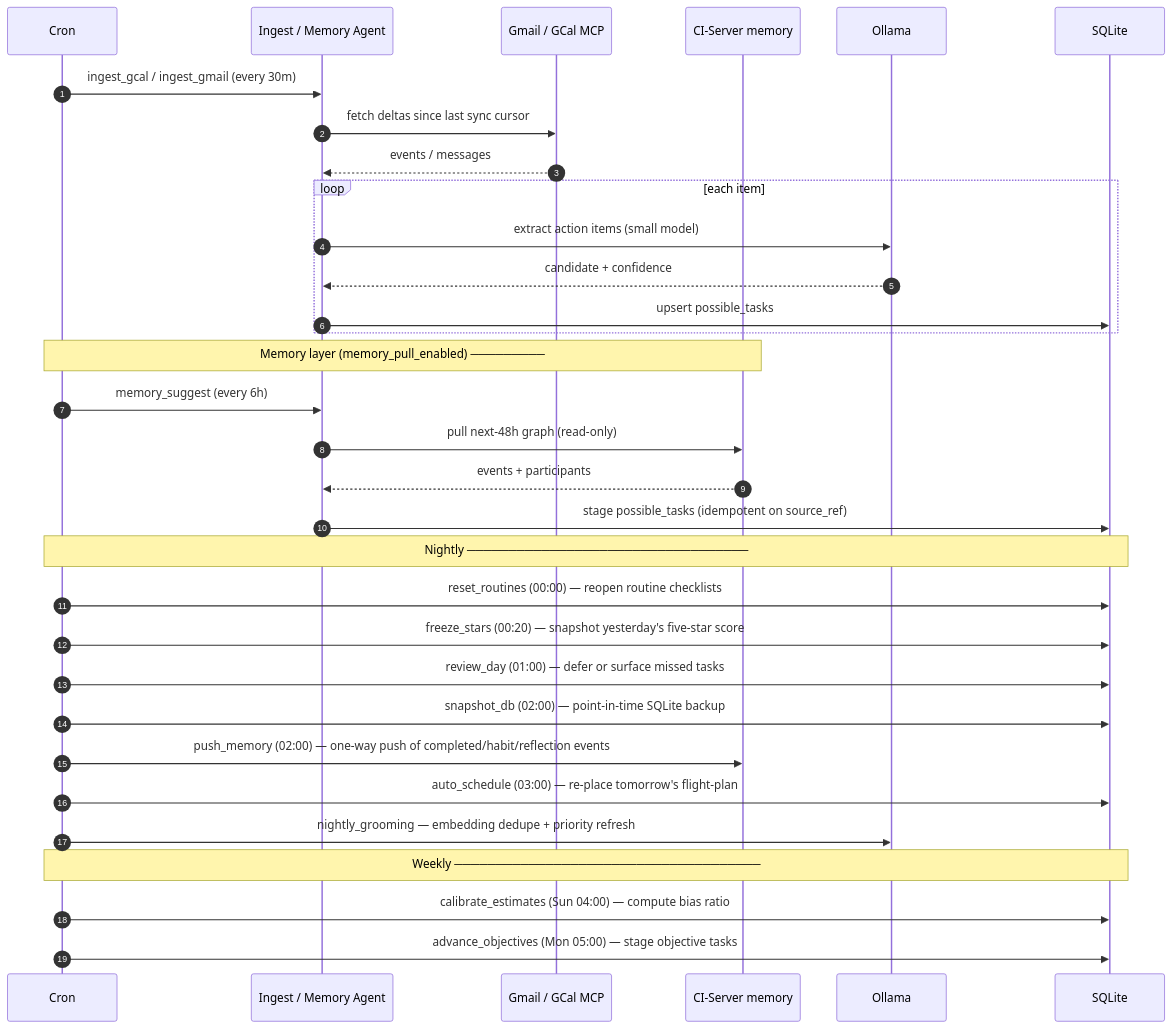
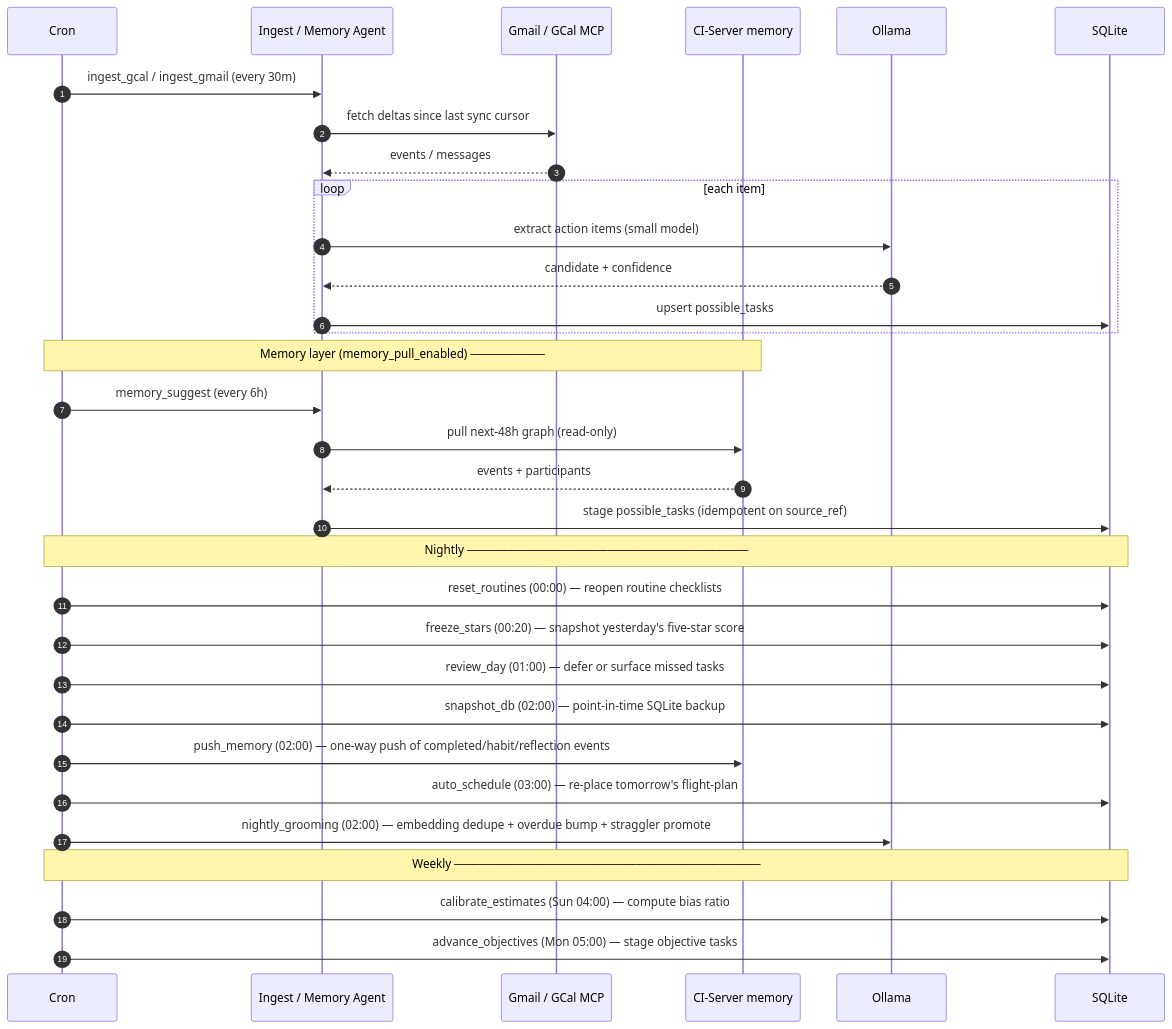
One commit to companionintelligence/CI-Planning changed the third of 7 diagrams in ARCHITECTURE.md. Above: the diagram before and after it, drawn with Mermaid. The commit also changed other lines of this file and 8 other files, not shown here.

````diff
--- a/ARCHITECTURE.md
+++ b/ARCHITECTURE.md
@@ -243,38 +243,38 @@
 ```mermaid
 sequenceDiagram
     autonumber
     participant Cron
     participant Ing as Ingest / Memory Agent
     participant MCP as Gmail / GCal MCP
     participant Mem as CI-Server memory
     participant LLM as Ollama
     participant DB as SQLite
 
     Cron->>Ing: ingest_gcal / ingest_gmail (every 30m)
     Ing->>MCP: fetch deltas since last sync cursor
     MCP-->>Ing: events / messages
     loop each item
         Ing->>LLM: extract action items (small model)
         LLM-->>Ing: candidate + confidence
         Ing->>DB: upsert possible_tasks
     end
 
     Note over Cron,Mem: Memory layer (memory_pull_enabled) ─────────
     Cron->>Ing: memory_suggest (every 6h)
     Ing->>Mem: pull next-48h graph (read-only)
     Mem-->>Ing: events + participants
     Ing->>DB: stage possible_tasks (idempotent on source_ref)
 
     Note over Cron,DB: Nightly ──────────────────────────────────
     Cron->>DB: reset_routines (00:00) — reopen routine checklists
     Cron->>DB: freeze_stars (00:20) — snapshot yesterday's five-star score
     Cron->>DB: review_day (01:00) — defer or surface missed tasks
     Cron->>DB: snapshot_db (02:00) — point-in-time SQLite backup
     Cron->>Mem: push_memory (02:00) — one-way push of completed/habit/reflection events
     Cron->>DB: auto_schedule (03:00) — re-place tomorrow's flight-plan
-    Cron->>LLM: nightly_grooming — embedding dedupe + priority refresh
+    Cron->>LLM: nightly_grooming (02:00) — embedding dedupe + overdue bump + straggler promote
 
     Note over Cron,DB: Weekly ─────────────────────────────────────
     Cron->>DB: calibrate_estimates (Sun 04:00) — compute bias ratio
     Cron->>DB: advance_objectives (Mon 05:00) — stage objective tasks
 ```
````
